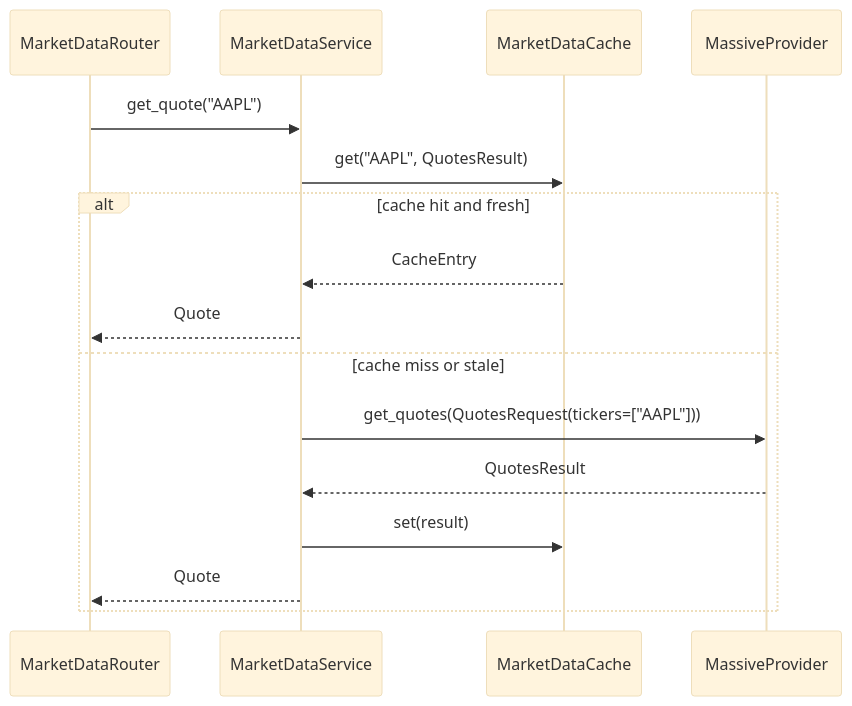
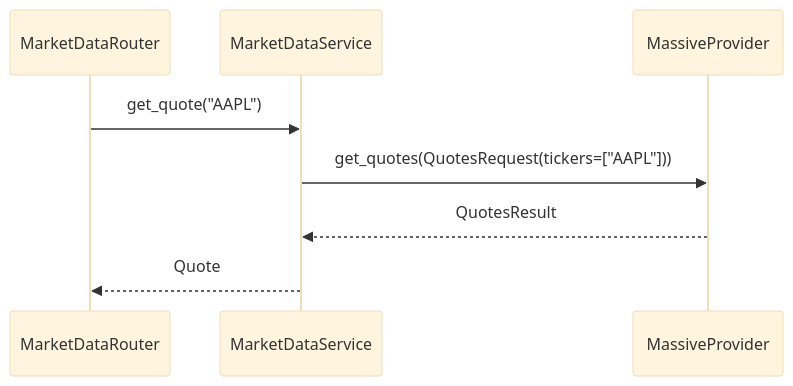
The second of 3 diagrams in docs/design/MARKET_DATA_DESIGN.md (DylanLiesenfelt/StonksAPI), drawn with Mermaid (base theme) before and after one commit. The commit also changed other lines of this file and 22 other files, not shown here.

First line of the commit message:
Create MarketDataService

````diff
--- a/docs/design/MARKET_DATA_DESIGN.md
+++ b/docs/design/MARKET_DATA_DESIGN.md
@@ -253,19 +219,11 @@
 ```mermaid
 sequenceDiagram
     participant R as MarketDataRouter
     participant Svc as MarketDataService
-    participant Cache as MarketDataCache
     participant P as MassiveProvider
 
     R->>Svc: get_quote("AAPL")
-    Svc->>Cache: get("AAPL", QuotesResult)
-    alt cache hit and fresh
-        Cache-->>Svc: CacheEntry
-        Svc-->>R: Quote
-    else cache miss or stale
-        Svc->>P: get_quotes(QuotesRequest(tickers=["AAPL"]))
-        P-->>Svc: QuotesResult
-        Svc->>Cache: set(result)
-        Svc-->>R: Quote
-    end
+    Svc->>P: get_quotes(QuotesRequest(tickers=["AAPL"]))
+    P-->>Svc: QuotesResult
+    Svc-->>R: Quote
 ```
````
